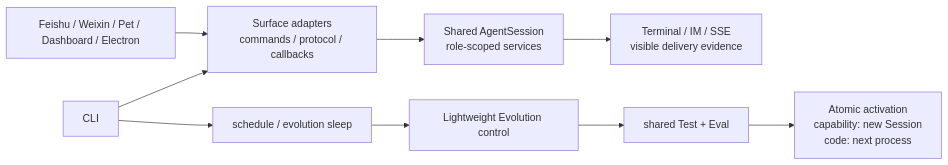
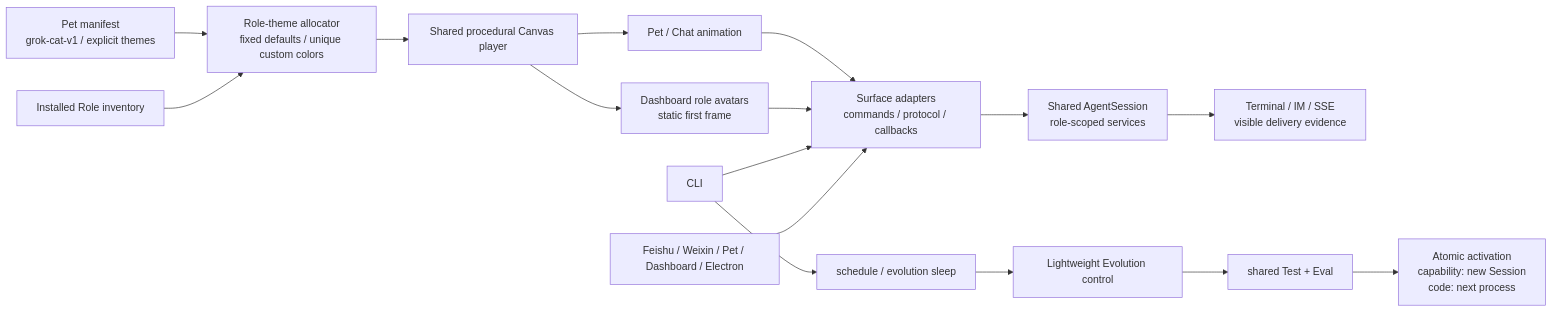
Before and after one commit to fightheyyy/xiaobaOS: the first of 2 diagrams in docs/surface/SPEC.md, drawn with Mermaid. The commit also changed other lines of this file and 43 other files, not shown here.

First line of the commit message:
feat: replace pet sprites with procedural XiaoBa

````diff
--- a/docs/surface/SPEC.md
+++ b/docs/surface/SPEC.md
@@ -41,11 +41,18 @@
 ```mermaid
 flowchart LR
+    PetAssets["Pet manifest<br/>grok-cat-v1 / explicit themes"] --> ThemeAllocator["Role-theme allocator<br/>fixed defaults / unique custom colors"]
+    RoleInventory["Installed Role inventory"] --> ThemeAllocator
+    ThemeAllocator --> PetPlayer["Shared procedural Canvas player"]
+    PetPlayer --> PetViews["Pet / Chat animation"]
+    PetPlayer --> DashboardAvatars["Dashboard role avatars<br/>static first frame"]
+    PetViews --> Adapters
+    DashboardAvatars --> Adapters
     CLI["CLI"] --> Adapters["Surface adapters<br/>commands / protocol / callbacks"]
     Channels["Feishu / Weixin / Pet / Dashboard / Electron"] --> Adapters
     Adapters --> Session["Shared AgentSession<br/>role-scoped services"]
     Session --> Delivery["Terminal / IM / SSE<br/>visible delivery evidence"]
     CLI --> Sleep["schedule / evolution sleep"]
     Sleep --> Control["Lightweight Evolution control"]
     Control --> TestEval["shared Test + Eval"]
     TestEval --> Activation["Atomic activation<br/>capability: new Session<br/>code: next process"]
 ```
````
